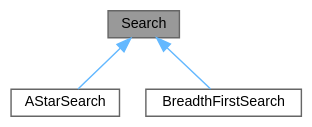
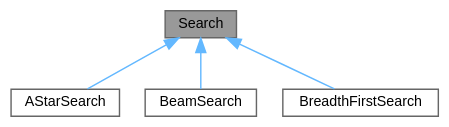
One commit to velocitatem/Symphony changed the diagram in classSearch__inherit__graph.dot. Above: the diagram before and after it, drawn with Graphviz. The commit also changed 197 other files, not shown here.

```diff
--- a/classSearch__inherit__graph.dot
+++ b/classSearch__inherit__graph.dot
@@ -1,13 +1,15 @@
 digraph "Search"
 {
  // INTERACTIVE_SVG=YES
  // LATEX_PDF_SIZE
   bgcolor="transparent";
   edge [fontname=Helvetica,fontsize=10,labelfontname=Helvetica,labelfontsize=10];
   node [fontname=Helvetica,fontsize=10,shape=box,height=0.2,width=0.4];
   Node1 [id="Node000001",label="Search",height=0.2,width=0.4,color="gray40", fillcolor="grey60", style="filled", fontcolor="black",tooltip=" "];
   Node1 -> Node2 [id="edge1_Node000001_Node000002",dir="back",color="steelblue1",style="solid",tooltip=" "];
   Node2 [id="Node000002",label="AStarSearch",height=0.2,width=0.4,color="gray40", fillcolor="white", style="filled",URL="$classAStarSearch.html",tooltip=" "];
   Node1 -> Node3 [id="edge2_Node000001_Node000003",dir="back",color="steelblue1",style="solid",tooltip=" "];
-  Node3 [id="Node000003",label="BreadthFirstSearch",height=0.2,width=0.4,color="gray40", fillcolor="white", style="filled",URL="$classBreadthFirstSearch.html",tooltip=" "];
+  Node3 [id="Node000003",label="BeamSearch",height=0.2,width=0.4,color="gray40", fillcolor="white", style="filled",URL="$classBeamSearch.html",tooltip=" "];
+  Node1 -> Node4 [id="edge3_Node000001_Node000004",dir="back",color="steelblue1",style="solid",tooltip=" "];
+  Node4 [id="Node000004",label="BreadthFirstSearch",height=0.2,width=0.4,color="gray40", fillcolor="white", style="filled",URL="$classBreadthFirstSearch.html",tooltip="Breadth-first search algorithm implementation."];
 }
```
